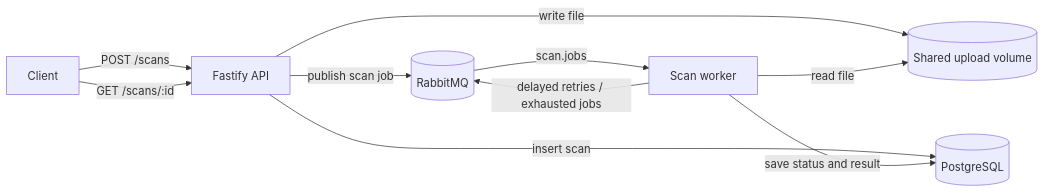
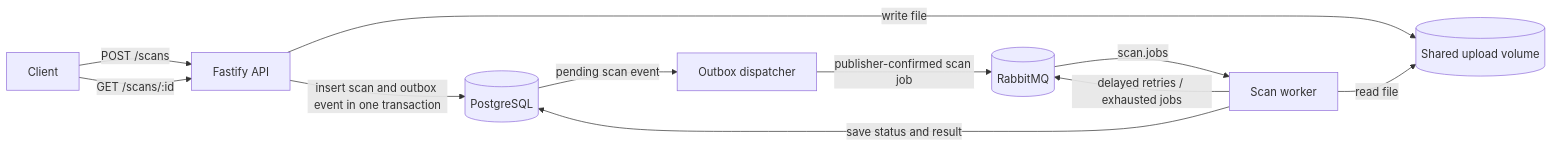
Before and after one commit to BiBo364/MiniFileScanPipeline: the diagram in README.md, drawn with Mermaid. The commit also changed other lines of this file and 13 other files, not shown here.

Commit message:
Add transactional scan outbox

````diff
--- a/README.md
+++ b/README.md
@@ -7,12 +7,13 @@
 ```mermaid
 flowchart LR
   Client[Client] -->|POST /scans| API[Fastify API]
   API -->|write file| Files[(Shared upload volume)]
-  API -->|insert scan| DB[(PostgreSQL)]
-  API -->|publish scan job| MQ[(RabbitMQ)]
+  API -->|insert scan and outbox event in one transaction| DB[(PostgreSQL)]
+  DB -->|pending scan event| Outbox[Outbox dispatcher]
+  Outbox -->|publisher-confirmed scan job| MQ[(RabbitMQ)]
   MQ -->|scan.jobs| Worker[Scan worker]
   Worker -->|read file| Files
   Worker -->|save status and result| DB
   Worker -->|delayed retries / exhausted jobs| MQ
   Client -->|GET /scans/:id| API
 ```
````
